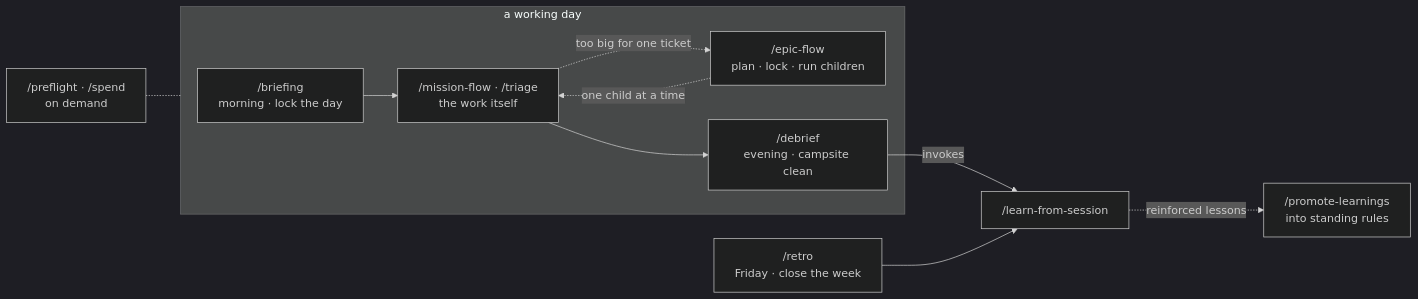
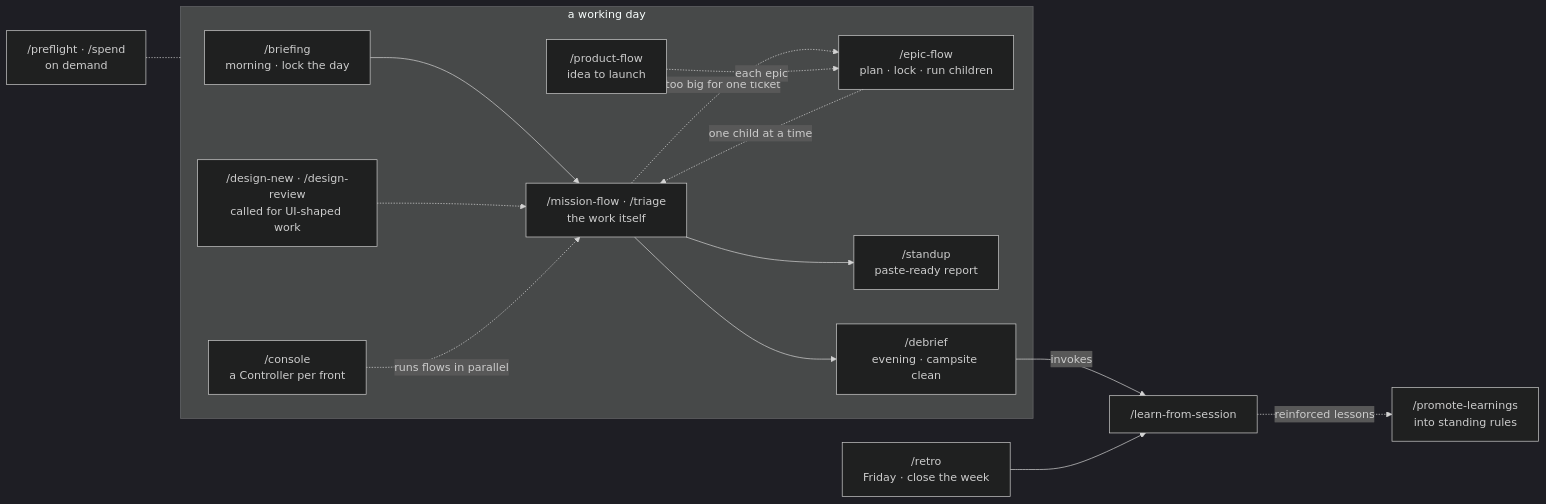
The diagram in .claude/skills/README.md (sultanassi95/mission-control), drawn with Mermaid (dark theme) before and after one commit. The commit also changed other lines of this file and 75 other files, not shown here.

````diff
--- a/.claude/skills/README.md
+++ b/.claude/skills/README.md
@@ -3,13 +3,17 @@
 ```mermaid
 flowchart LR
   subgraph DAY["a working day"]
     B["/briefing<br/>morning · lock the day"] --> W["/mission-flow · /triage<br/>the work itself"]
     W -.->|too big for one ticket| E["/epic-flow<br/>plan · lock · run children"]
     E -.->|one child at a time| W
+    PF["/product-flow<br/>idea to launch"] -.->|each epic| E
+    DS["/design-new · /design-review<br/>called for UI-shaped work"] -.-> W
+    CN["/console<br/>a Controller per front"] -.->|runs flows in parallel| W
+    W --> SU["/standup<br/>paste-ready report"]
     W --> D["/debrief<br/>evening · campsite clean"]
   end
   D -->|invokes| LS["/learn-from-session"]
   R["/retro<br/>Friday · close the week"] --> LS
   LS -.->|reinforced lessons| PL["/promote-learnings<br/>into standing rules"]
   P["/preflight · /spend<br/>on demand"] -.- DAY
 ```
````
